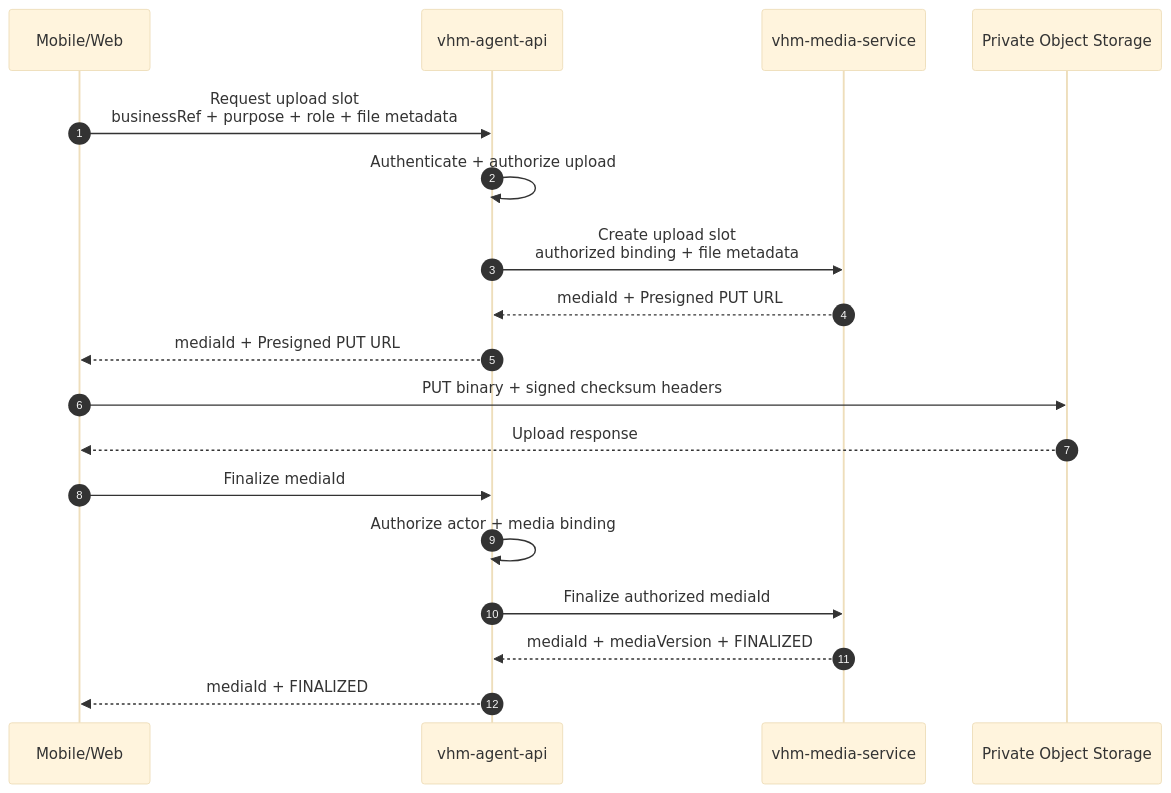
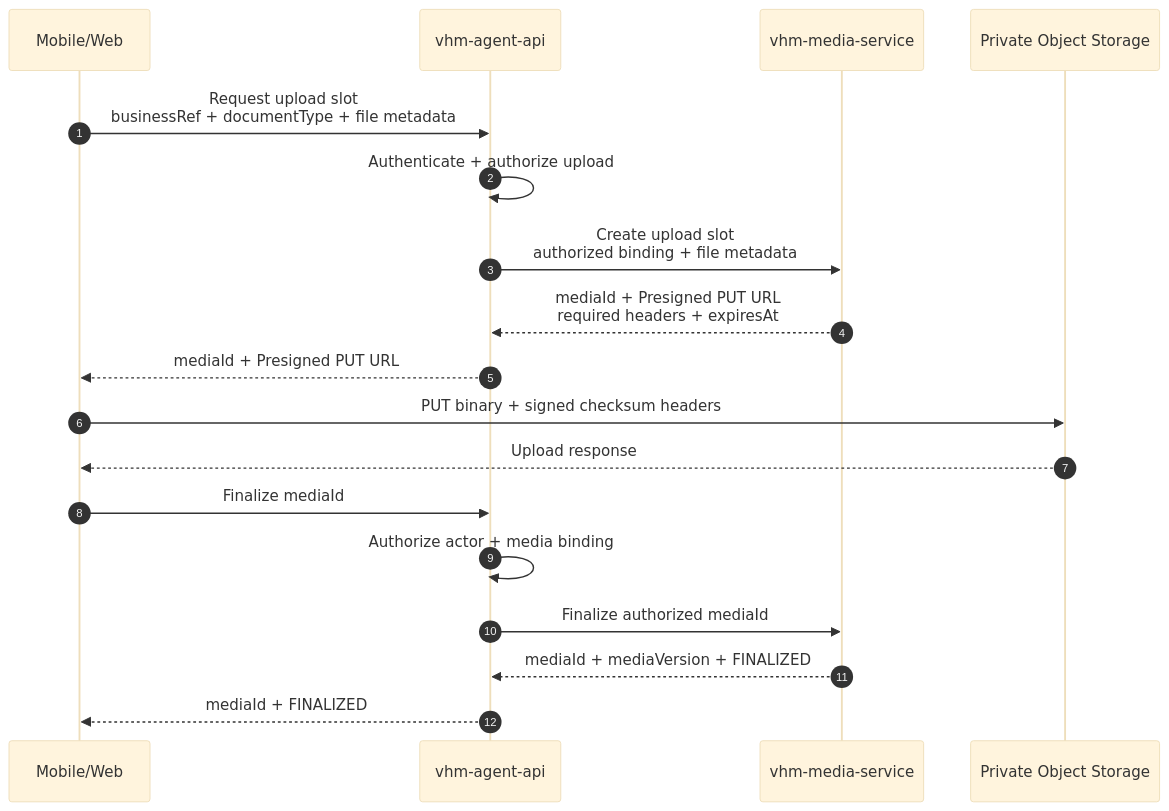
Before and after one commit to huynv-xyz/vhm: the second of 5 diagrams in noxh.md, drawn with Mermaid (base theme). The commit also changed other lines of this file, not shown here.

````diff
--- a/noxh.md
+++ b/noxh.md
@@ -157,23 +151,23 @@
 ```mermaid
 sequenceDiagram
     autonumber
     participant CLIENT as Mobile/Web
     participant BFF as vhm-agent-api
     participant MEDIA_API as vhm-media-service
-    participant MEDIA as Private Object Storage
+    participant STORAGE as Private Object Storage
 
-    CLIENT->>BFF: Request upload slot<br/>businessRef + purpose + role + file metadata
+    CLIENT->>BFF: Request upload slot<br/>businessRef + documentType + file metadata
     BFF->>BFF: Authenticate + authorize upload
     BFF->>MEDIA_API: Create upload slot<br/>authorized binding + file metadata
-    MEDIA_API-->>BFF: mediaId + Presigned PUT URL
+    MEDIA_API-->>BFF: mediaId + Presigned PUT URL<br/>required headers + expiresAt
     BFF-->>CLIENT: mediaId + Presigned PUT URL
 
-    CLIENT->>MEDIA: PUT binary + signed checksum headers
-    MEDIA-->>CLIENT: Upload response
+    CLIENT->>STORAGE: PUT binary + signed checksum headers
+    STORAGE-->>CLIENT: Upload response
 
     CLIENT->>BFF: Finalize mediaId
     BFF->>BFF: Authorize actor + media binding
     BFF->>MEDIA_API: Finalize authorized mediaId
     MEDIA_API-->>BFF: mediaId + mediaVersion + FINALIZED
     BFF-->>CLIENT: mediaId + FINALIZED
 ```
````
